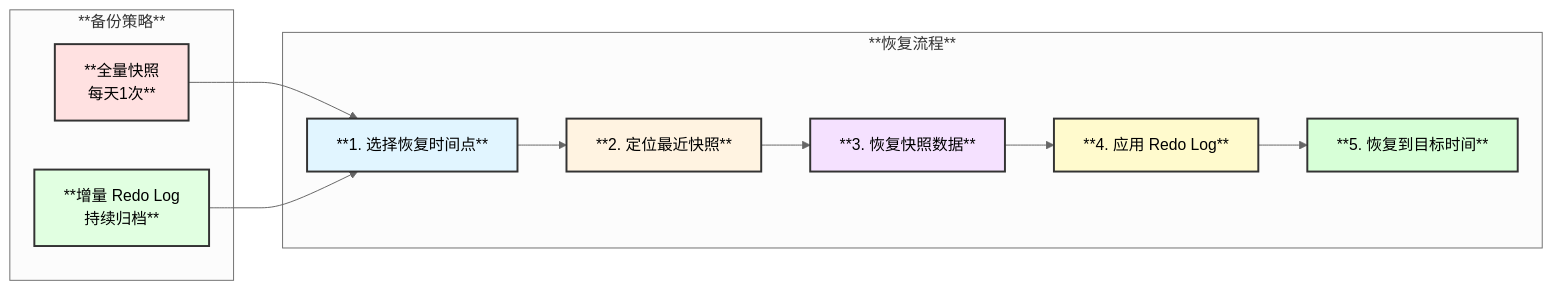
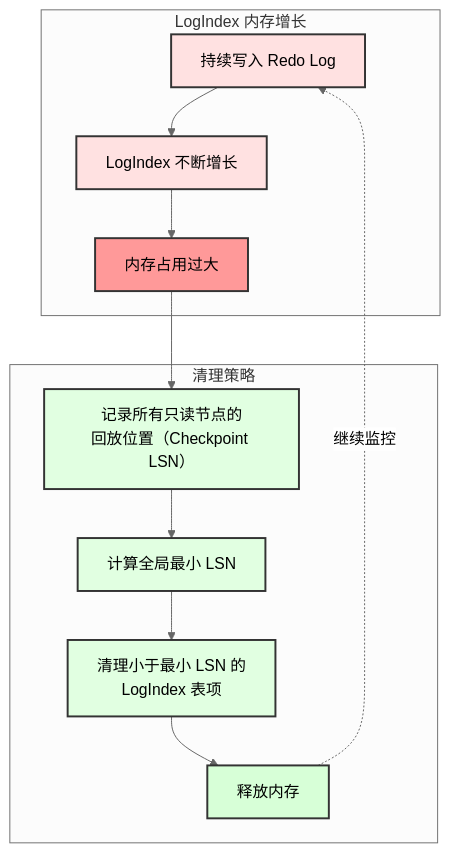
Before and after one commit to victor1589007281/percona-server: the tenth of 29 diagrams in vdocs/design/PolarDB_Architecture.md, drawn with Mermaid (neutral theme). The commit also changed other lines of this file and 141 other files, not shown here.

````diff
--- a/vdocs/design/PolarDB_Architecture.md
+++ b/vdocs/design/PolarDB_Architecture.md
@@ -368,30 +461,31 @@
 ```mermaid
-graph LR
-    subgraph "**备份策略**"
-        A[**全量快照<br/>每天1次**]
-        B[**增量 Redo Log<br/>持续归档**]
+graph TB
+    subgraph "LogIndex 内存增长"
+        A["持续写入 Redo Log"]
+        B["LogIndex 不断增长"]
+        C["内存占用过大"]
     end
     
-    subgraph "**恢复流程**"
-        C[**1. 选择恢复时间点**]
-        D[**2. 定位最近快照**]
-        E[**3. 恢复快照数据**]
-        F[**4. 应用 Redo Log**]
-        G[**5. 恢复到目标时间**]
+    subgraph "清理策略"
+        D["记录所有只读节点的<br/>回放位置（Checkpoint LSN）"]
+        E["计算全局最小 LSN"]
+        F["清理小于最小 LSN 的<br/>LogIndex 表项"]
+        G["释放内存"]
     end
     
-    A --> C
+    A --> B
     B --> C
     C --> D
     D --> E
     E --> F
     F --> G
+    G -.->|继续监控| A
     
     style A fill:#ffe1e1,stroke:#333,stroke-width:2px,color:#000
-    style B fill:#e1ffe1,stroke:#333,stroke-width:2px,color:#000
-    style C fill:#e1f5ff,stroke:#333,stroke-width:2px,color:#000
-    style D fill:#fff3e1,stroke:#333,stroke-width:2px,color:#000
-    style E fill:#f5e1ff,stroke:#333,stroke-width:2px,color:#000
-    style F fill:#fffacd,stroke:#333,stroke-width:2px,color:#000
+    style B fill:#ffe1e1,stroke:#333,stroke-width:2px,color:#000
+    style C fill:#ff9999,stroke:#333,stroke-width:2px,color:#000
+    style D fill:#e1ffe1,stroke:#333,stroke-width:2px,color:#000
+    style E fill:#e1ffe1,stroke:#333,stroke-width:2px,color:#000
+    style F fill:#e1ffe1,stroke:#333,stroke-width:2px,color:#000
     style G fill:#d7ffd7,stroke:#333,stroke-width:2px,color:#000
 ```
````
